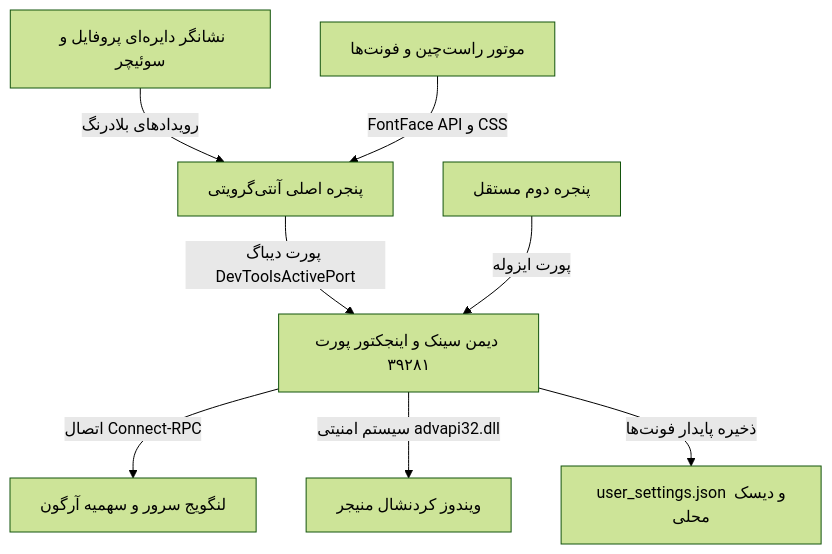
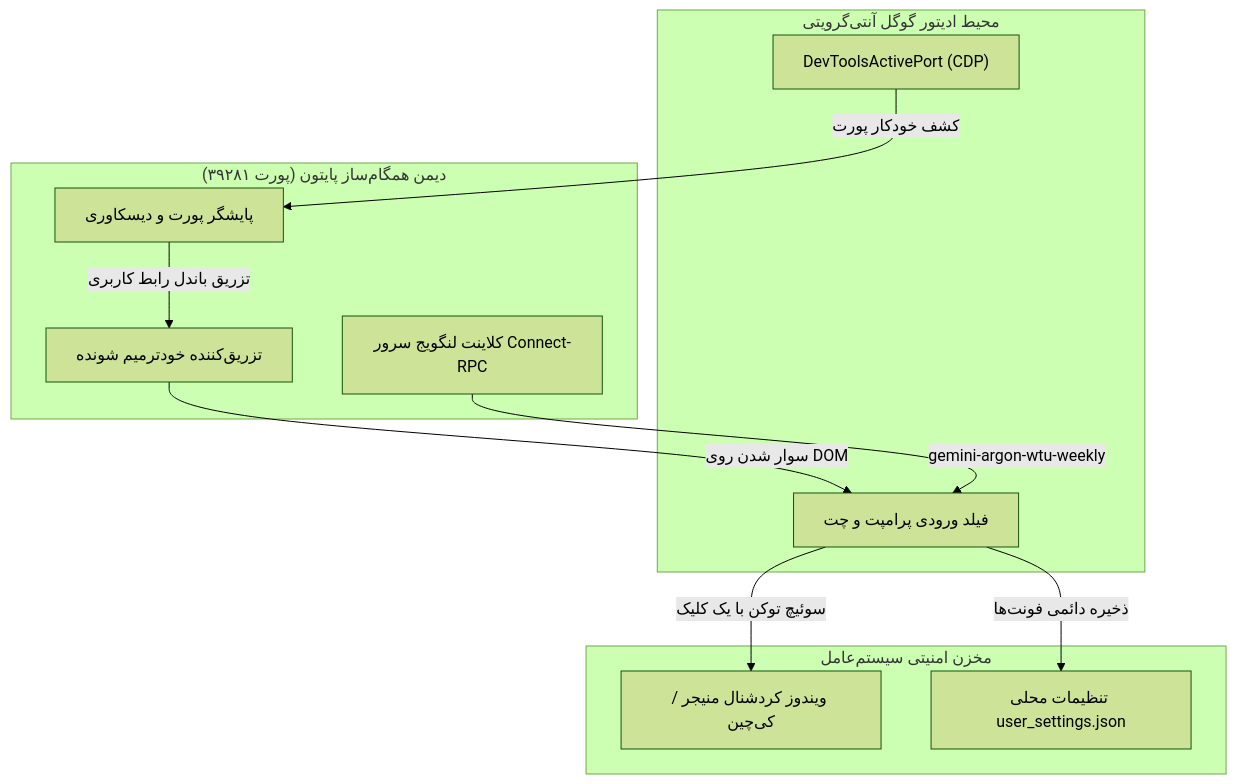
The diagram in README_FA.md (mad-helpers/antigravity-account-switcher), drawn with Mermaid (forest theme) before and after one commit. The commit also changed other lines of this file and 9 other files, not shown here.

````diff
--- a/README_FA.md
+++ b/README_FA.md
@@ -122,12 +212,25 @@
 ```mermaid
-graph TD
-    A[پنجره اصلی آنتی‌گرویتی] -->|پورت دیباگ DevToolsActivePort| B[دیمن سینک و اینجکتور پورت ۳۹۲۸۱]
-    C[پنجره دوم مستقل] -->|پورت ایزوله| B
-    
-    B -->|اتصال Connect-RPC| D[لنگویج سرور و سهمیه آرگون]
-    B -->|سیستم امنیتی advapi32.dll| E[ویندوز کردنشال منیجر]
-    
-    B -->|ذخیره پایدار فونت‌ها| F[user_settings.json و دیسک محلی]
-    G[نشانگر دایره‌ای پروفایل و سوئیچر] -->|رویدادهای بلادرنگ| A
-    H[موتور راست‌چین و فونت‌ها] -->|FontFace API و CSS| A
+flowchart TD
+    subgraph Antigravity ["محیط ادیتور گوگل آنتی‌گرویتی"]
+        IDE["فیلد ورودی پرامپت و چت"]
+        Port["DevToolsActivePort (CDP)"]
+    end
+
+    subgraph Daemon ["دیمن همگام‌ساز پایتون (پورت ۳۹۲۸۱)"]
+        Watchdog["پایشگر پورت و دیسکاوری"]
+        Injector["تزریق‌کننده خودترمیم شونده"]
+        RPC["کلاینت لنگویج سرور Connect-RPC"]
+    end
+
+    subgraph OS ["مخزن امنیتی سیستم‌عامل"]
+        Vault["ویندوز کردشنال منیجر / کی‌چین"]
+        Settings["تنظیمات محلی user_settings.json"]
+    end
+
+    Port -->|کشف خودکار پورت| Watchdog
+    Watchdog -->|تزریق باندل رابط کاربری| Injector
+    Injector -->|سوار شدن روی DOM| IDE
+    RPC -->|gemini-argon-wtu-weekly| IDE
+    IDE -->|سوئیچ توکن با یک کلیک| Vault
+    IDE -->|ذخیره دائمی فونت‌ها| Settings
 ```
````
